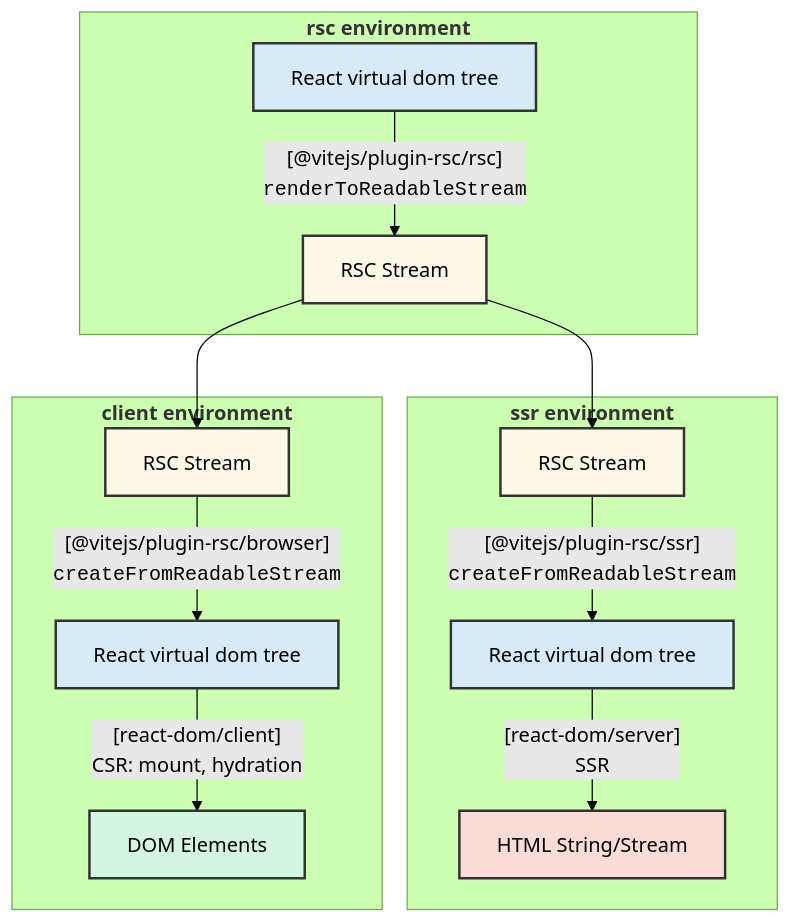
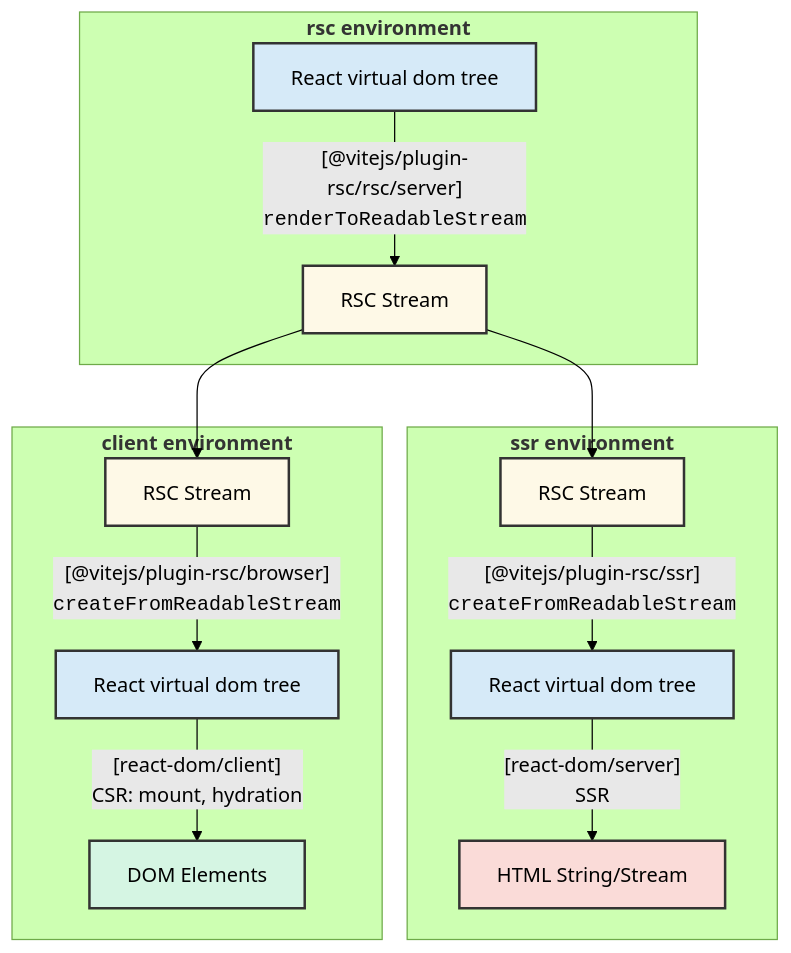
Before and after one commit to vitejs/vite-plugin-react: the diagram in packages/plugin-rsc/README.md, drawn with Mermaid (forest theme). The commit also changed other lines of this file and 17 other files, not shown here.

Commit message:
docs(rsc): prefer `/rsc/server` and `/rsc/client` entry points over `/rsc` (#1345)

````diff
--- a/packages/plugin-rsc/README.md
+++ b/packages/plugin-rsc/README.md
@@ -46,29 +46,29 @@
 ```mermaid
 graph TD
 
     subgraph "<strong>rsc environment</strong>"
-        A["React virtual dom tree"] --> |"[@vitejs/plugin-rsc/rsc]<br /><code>renderToReadableStream</code>"| B1["RSC Stream"];
+        A["React virtual dom tree"] --> |"[@vitejs/plugin-rsc/rsc/server]<br /><code>renderToReadableStream</code>"| B1["RSC Stream"];
     end
 
     B1 --> B2
     B1 --> B3
 
     subgraph "<strong>ssr environment</strong>"
         B2["RSC Stream"] --> |"[@vitejs/plugin-rsc/ssr]<br /><code>createFromReadableStream</code>"| C1["React virtual dom tree"];
         C1 --> |"[react-dom/server]<br/>SSR"| E["HTML String/Stream"];
     end
 
     subgraph "<strong>client environment</strong>"
         B3["RSC Stream"] --> |"[@vitejs/plugin-rsc/browser]<br /><code>createFromReadableStream</code>"| C2["React virtual dom tree"];
         C2 --> |"[react-dom/client]<br/>CSR: mount, hydration"| D["DOM Elements"];
     end
 
     style A fill:#D6EAF8,stroke:#333,stroke-width:2px
     style B1 fill:#FEF9E7,stroke:#333,stroke-width:2px
     style B2 fill:#FEF9E7,stroke:#333,stroke-width:2px
     style B3 fill:#FEF9E7,stroke:#333,stroke-width:2px
     style C1 fill:#D6EAF8,stroke:#333,stroke-width:2px
     style C2 fill:#D6EAF8,stroke:#333,stroke-width:2px
     style D fill:#D5F5E3,stroke:#333,stroke-width:2px
     style E fill:#FADBD8,stroke:#333,stroke-width:2px
 ```
````
